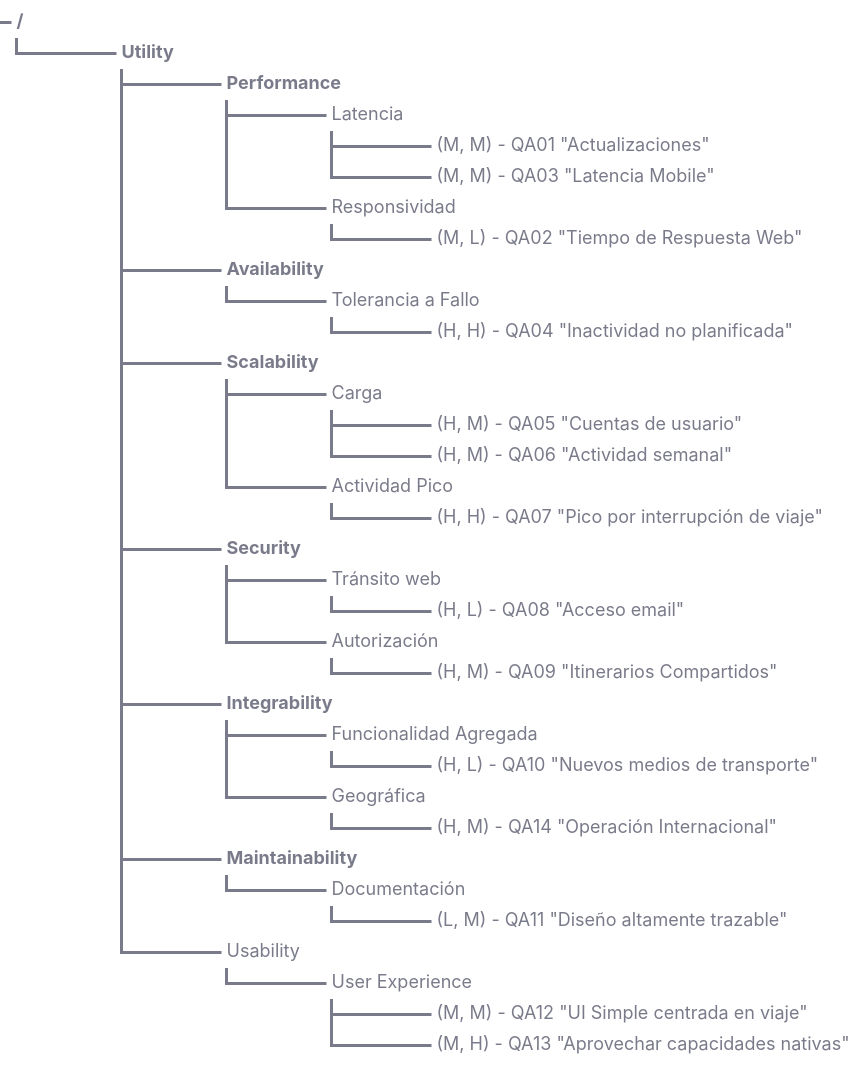
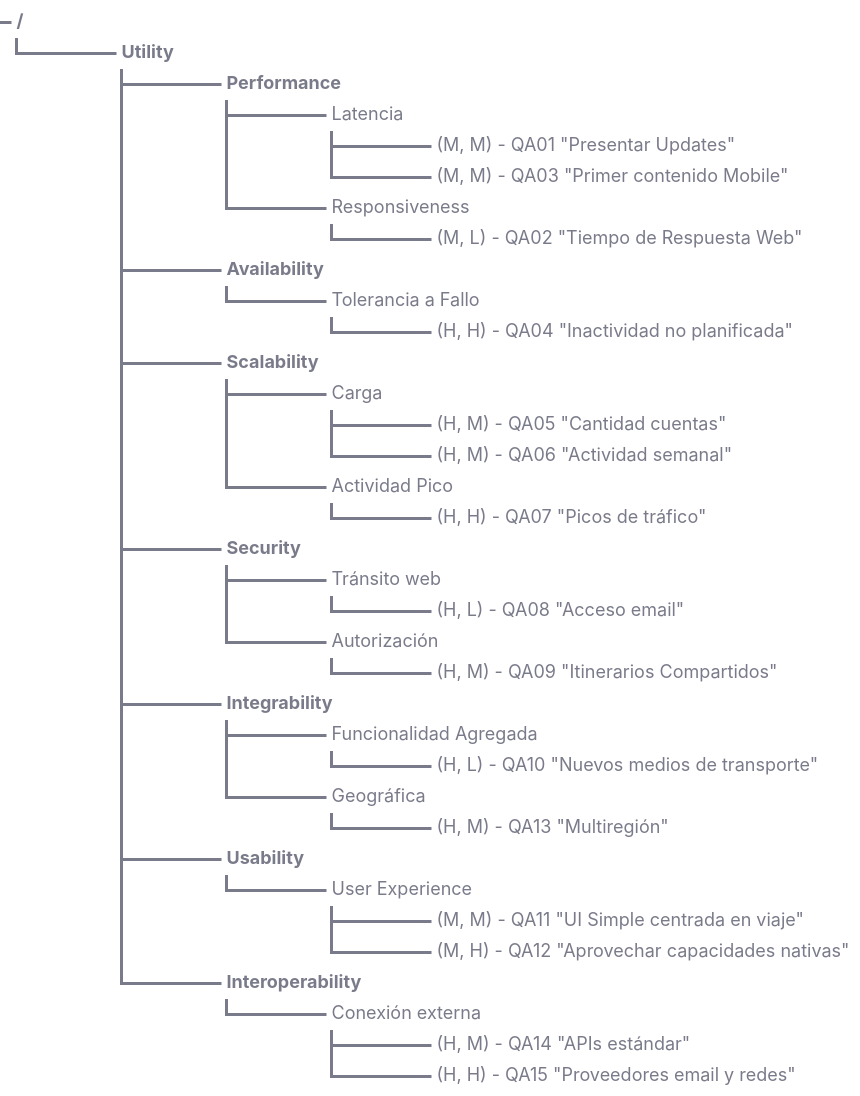
One commit to RubeKN/trotamundos changed the diagram in docs/01-drivers/ArchitecturalDrivers.md. Above: the diagram before and after it, drawn with Mermaid. The commit also changed other lines of this file, not shown here.

Commit message:
Iguale los nombres entre el arbol y los qa

````diff
--- a/docs/01-drivers/ArchitecturalDrivers.md
+++ b/docs/01-drivers/ArchitecturalDrivers.md
@@ -272,54 +272,55 @@
 ```Mermaid
 ---
 config:
     treeView:
         rowIndent: 100
         lineThickness: 3
     themeVariables:
         treeView:
             labelFontSize: '18px'
             labelColor: '#7a7b8a'
             lineColor: '#7a7b8a'
 ---
 treeView-beta
 title Utility Tree
 
 Utility/
 
     Performance/
         Latencia
-            (M, M) - QA01 "Actualizaciones"
-            (M, M) - QA03 "Latencia Mobile"
-        Responsividad
+            (M, M) - QA01 "Presentar Updates"
+            (M, M) - QA03 "Primer contenido Mobile"
+        Responsiveness
             (M, L) - QA02 "Tiempo de Respuesta Web"
 
     Availability/
         Tolerancia a Fallo
             (H, H) - QA04 "Inactividad no planificada"
 
     Scalability/
         Carga
-            (H, M) - QA05 "Cuentas de usuario"
+            (H, M) - QA05 "Cantidad cuentas"
             (H, M) - QA06 "Actividad semanal"
         Actividad Pico
-            (H, H) - QA07 "Pico por interrupción de viaje"
+            (H, H) - QA07 "Picos de tráfico"
 
     Security/
         Tránsito web
             (H, L) - QA08 "Acceso email"
         Autorización
             (H, M) - QA09 "Itinerarios Compartidos"
 
     Integrability/
         Funcionalidad Agregada
             (H, L) - QA10 "Nuevos medios de transporte"
         Geográfica
-            (H, M) - QA14 "Operación Internacional"
-    Maintainability/
-        Documentación
-            (L, M) - QA11 "Diseño altamente trazable"
-    Usability
+            (H, M) - QA13 "Multiregión"
+    Usability/
         User Experience
-            (M, M) - QA12 "UI Simple centrada en viaje"
-            (M, H) - QA13 "Aprovechar capacidades nativas"
+            (M, M) - QA11 "UI Simple centrada en viaje"
+            (M, H) - QA12 "Aprovechar capacidades nativas"
+    Interoperability/
+        Conexión externa
+            (H, M) - QA14 "APIs estándar"
+            (H, H) - QA15 "Proveedores email y redes"
 ```
````
